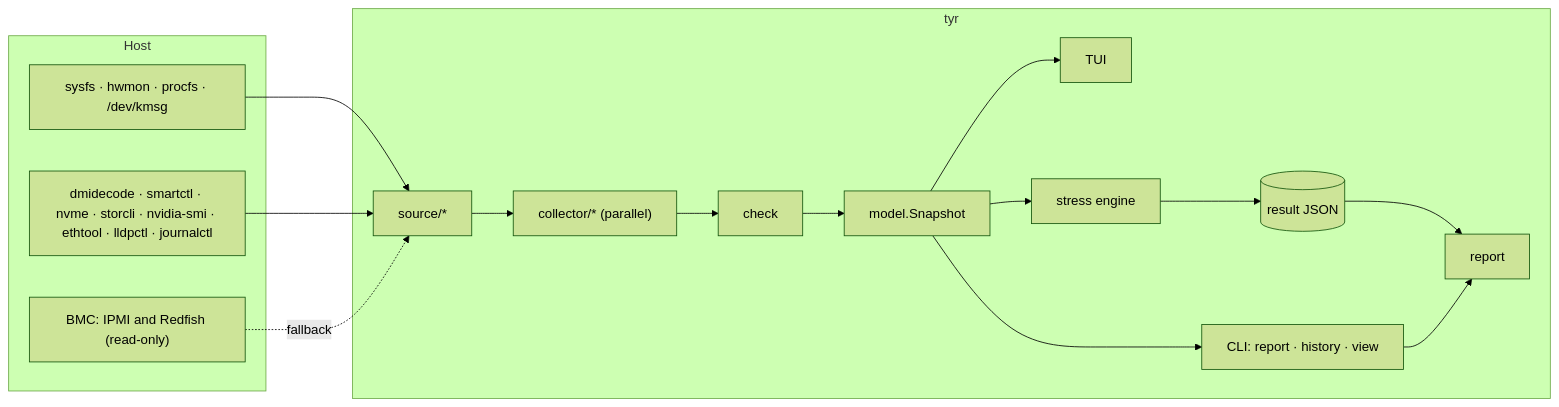
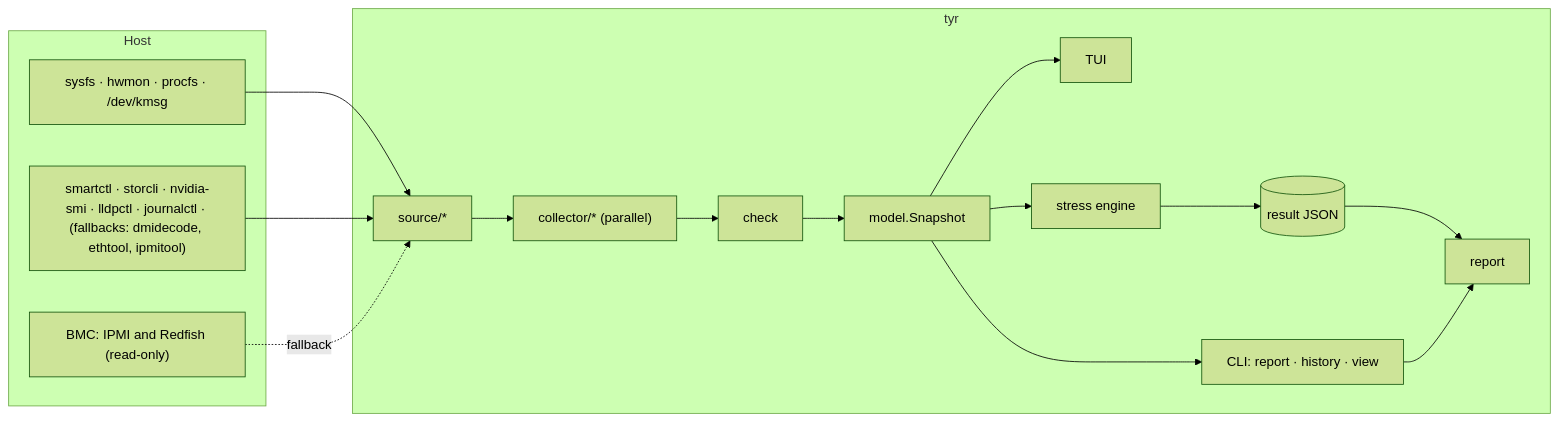
Before and after one commit to noahzmr/tyr: the first of 2 diagrams in docs/architecture.md, drawn with Mermaid (forest theme). The commit also changed 8 other files, not shown here.

````diff
--- a/docs/architecture.md
+++ b/docs/architecture.md
@@ -21,21 +21,21 @@
 ```mermaid
 flowchart LR
     subgraph host["Host"]
         sys["sysfs · hwmon · procfs · /dev/kmsg"]
-        tools["dmidecode · smartctl · nvme · storcli · nvidia-smi · ethtool · lldpctl · journalctl"]
+        tools["smartctl · storcli · nvidia-smi · lldpctl · journalctl · (fallbacks: dmidecode, ethtool, ipmitool)"]
         bmc["BMC: IPMI and Redfish (read-only)"]
     end
     subgraph tyr["tyr"]
         src["source/*"] --> col["collector/* (parallel)"]
         col --> chk["check"] --> snap["model.Snapshot"]
         snap --> tui["TUI"]
         snap --> cli["CLI: report · history · view"]
         snap --> stress["stress engine"]
         stress --> res[("result JSON")]
         res --> rep["report"]
         cli --> rep
     end
     sys --> src
     tools --> src
     bmc -. fallback .-> src
 ```
````
